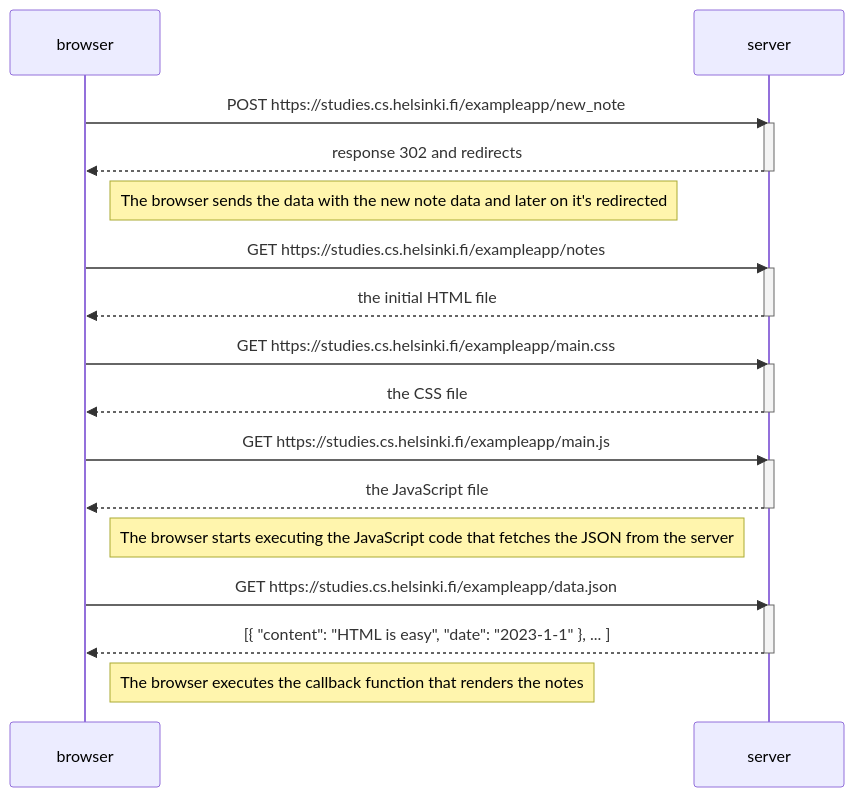
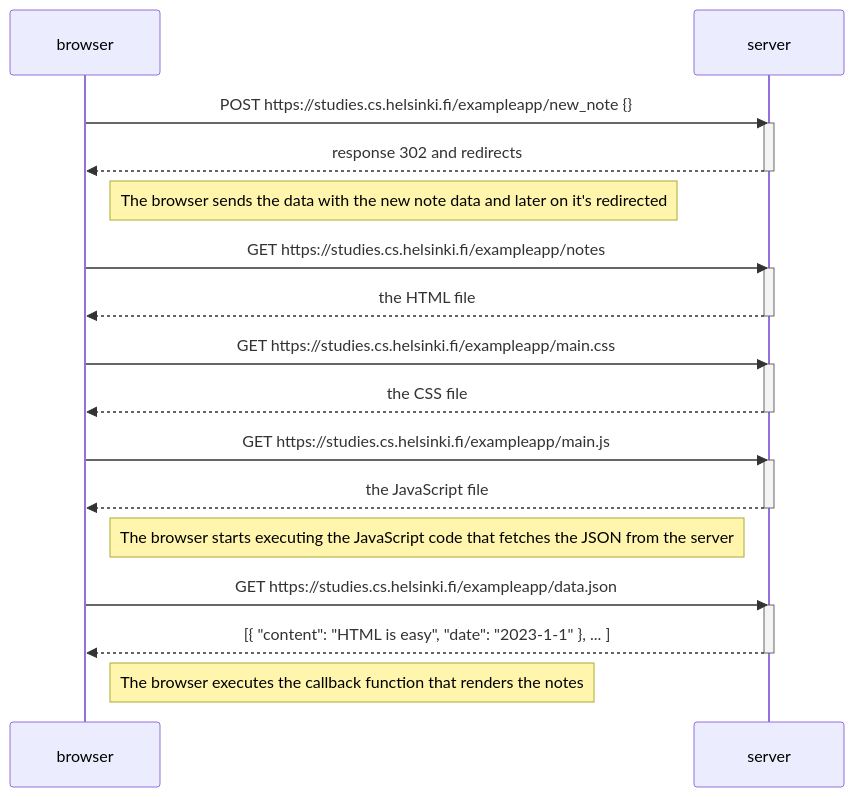
One commit to zuluagab99/full-stack-open changed the diagram in part0/exercise0_4.md. Above: the diagram before and after it, drawn with Mermaid. The commit also changed 2 other files, not shown here.

Commit message:
(add/part0): Part 0 exercises

````diff
--- a/part0/exercise0_4.md
+++ b/part0/exercise0_4.md
@@ -1,36 +1,36 @@
 ```mermaid
 sequenceDiagram
     participant browser
     participant server
 
-    browser->>server: POST https://studies.cs.helsinki.fi/exampleapp/new_note
+    browser->>server: POST https://studies.cs.helsinki.fi/exampleapp/new_note {}
     activate server
     server-->>browser: response 302 and redirects
     deactivate server
 
     Note right of browser: The browser sends the data with the new note data and later on it's redirected
 
     browser->>server: GET https://studies.cs.helsinki.fi/exampleapp/notes
     activate server
-    server-->>browser: the initial HTML file
+    server-->>browser: the HTML file
     deactivate server
 
     browser->>server: GET https://studies.cs.helsinki.fi/exampleapp/main.css
     activate server
     server-->>browser: the CSS file
     deactivate server
 
     browser->>server: GET https://studies.cs.helsinki.fi/exampleapp/main.js
     activate server
     server-->>browser: the JavaScript file
     deactivate server
 
     Note right of browser: The browser starts executing the JavaScript code that fetches the JSON from the server
 
     browser->>server: GET https://studies.cs.helsinki.fi/exampleapp/data.json
     activate server
     server-->>browser: [{ "content": "HTML is easy", "date": "2023-1-1" }, ... ]
     deactivate server
 
     Note right of browser: The browser executes the callback function that renders the notes
 ```
````
